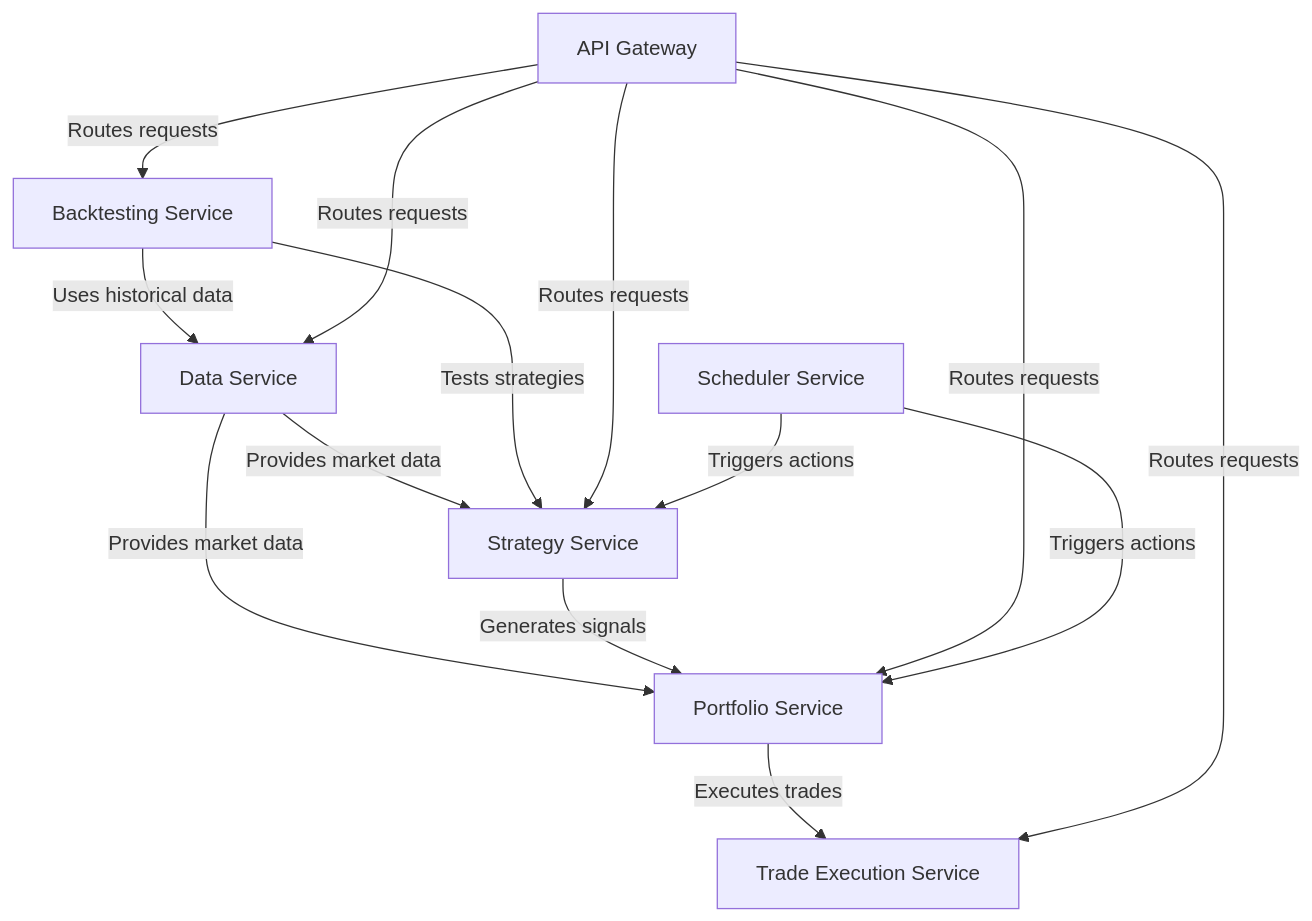
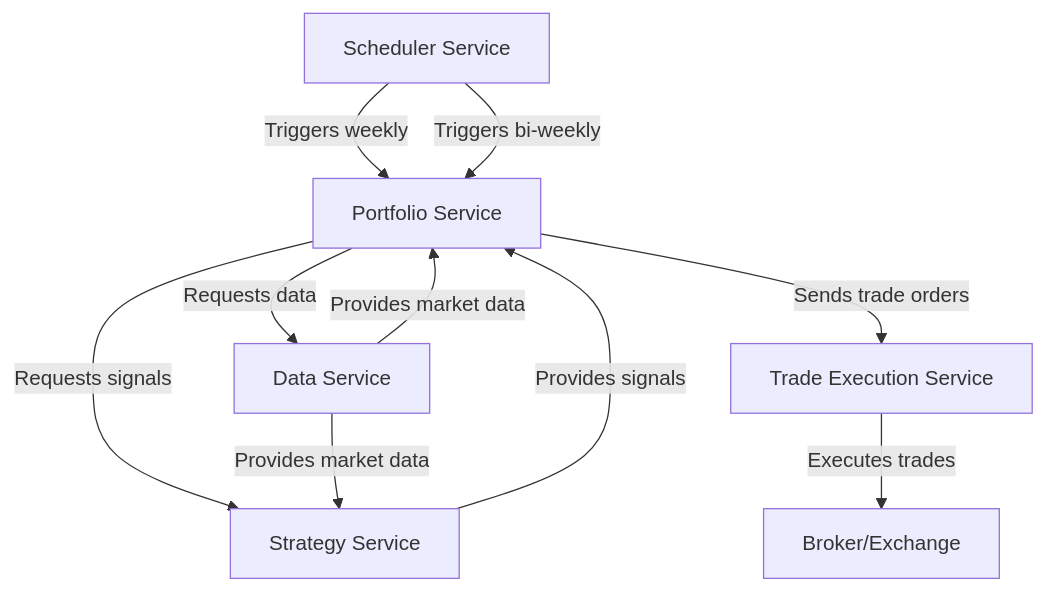
The diagram in README.md (denim-bluu/trading_platform), drawn with Mermaid before and after one commit. The commit also changed other lines of this file, not shown here.

````diff
--- a/README.md
+++ b/README.md
@@ -42,16 +52,12 @@
 ```mermaid
 graph TD
-    A[Data Service] -->|Provides market data| B[Strategy Service]
-    A -->|Provides market data| C[Portfolio Service]
-    B -->|Generates signals| C
-    C -->|Executes trades| D[Trade Execution Service]
-    E[Backtesting Service] -->|Uses historical data| A
-    E -->|Tests strategies| B
-    F[API Gateway] -->|Routes requests| A
-    F -->|Routes requests| B
-    F -->|Routes requests| C
-    F -->|Routes requests| D
-    F -->|Routes requests| E
-    G[Scheduler Service] -->|Triggers actions| B
-    G -->|Triggers actions| C
+    A[Scheduler Service] -->|Triggers weekly| B[Portfolio Service]
+    A -->|Triggers bi-weekly| B
+    B -->|Requests data| C[Data Service]
+    B -->|Requests signals| D[Strategy Service]
+    B -->|Sends trade orders| E[Trade Execution Service]
+    C -->|Provides market data| B
+    C -->|Provides market data| D
+    D -->|Provides signals| B
+    E -->|Executes trades| F[Broker/Exchange]
 ```
````
